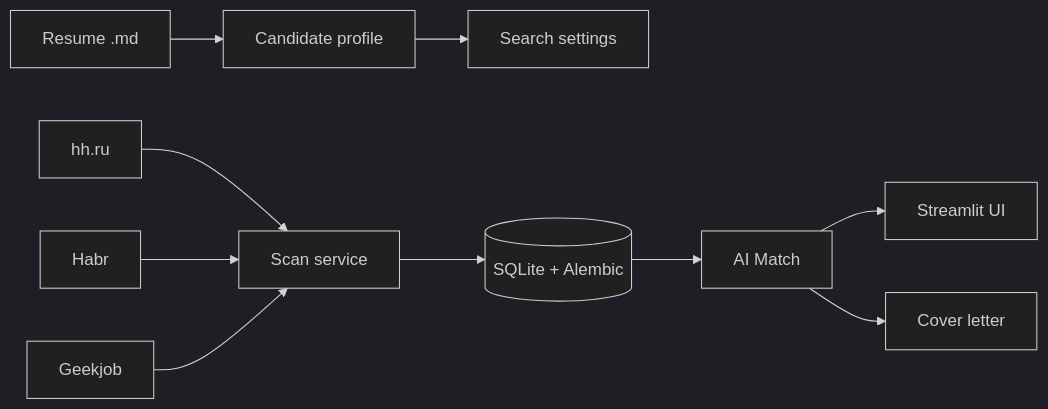
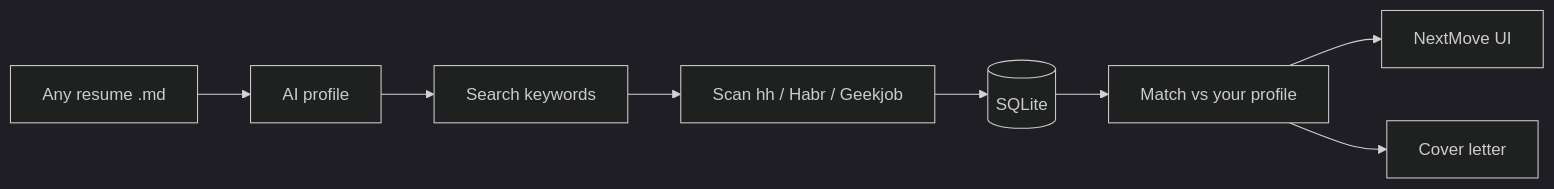
One commit to addito-5G/job-scout changed the diagram in README.md. Above: the diagram before and after it, drawn with Mermaid (dark theme). The commit also changed other lines of this file and 6 other files, not shown here.

First line of the commit message:
Clarify role-agnostic flow, document free AI fallback, and fix PM defaults.

````diff
--- a/README.md
+++ b/README.md
@@ -62,12 +70,10 @@
 ```mermaid
 flowchart LR
-    R[Resume .md] --> P[Candidate profile]
-    P --> S[Search settings]
-    HH[hh.ru] --> SC[Scan service]
-    HB[Habr] --> SC
-    GJ[Geekjob] --> SC
-    SC --> DB[(SQLite + Alembic)]
-    DB --> M[AI Match]
-    M --> UI[Streamlit UI]
+    R[Any resume .md] --> P[AI profile]
+    P --> K[Search keywords]
+    K --> SC[Scan hh / Habr / Geekjob]
+    SC --> DB[(SQLite)]
+    DB --> M[Match vs your profile]
+    M --> UI[NextMove UI]
     M --> CL[Cover letter]
 ```
````
